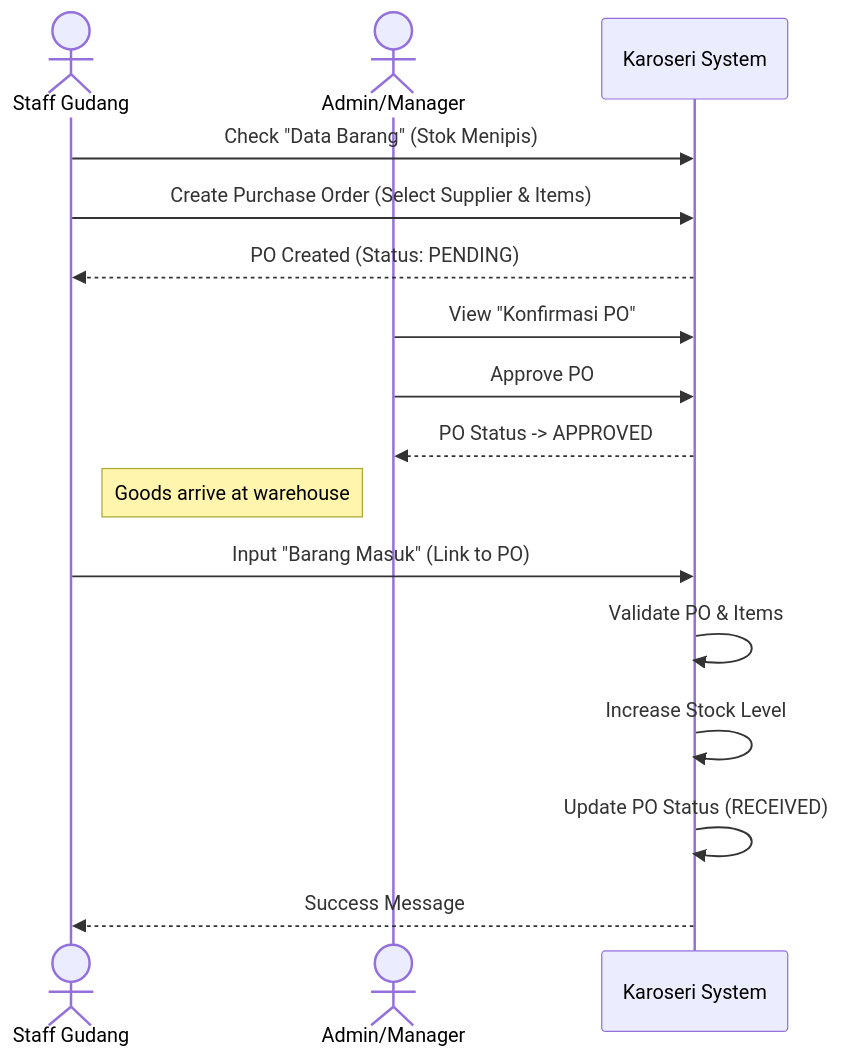
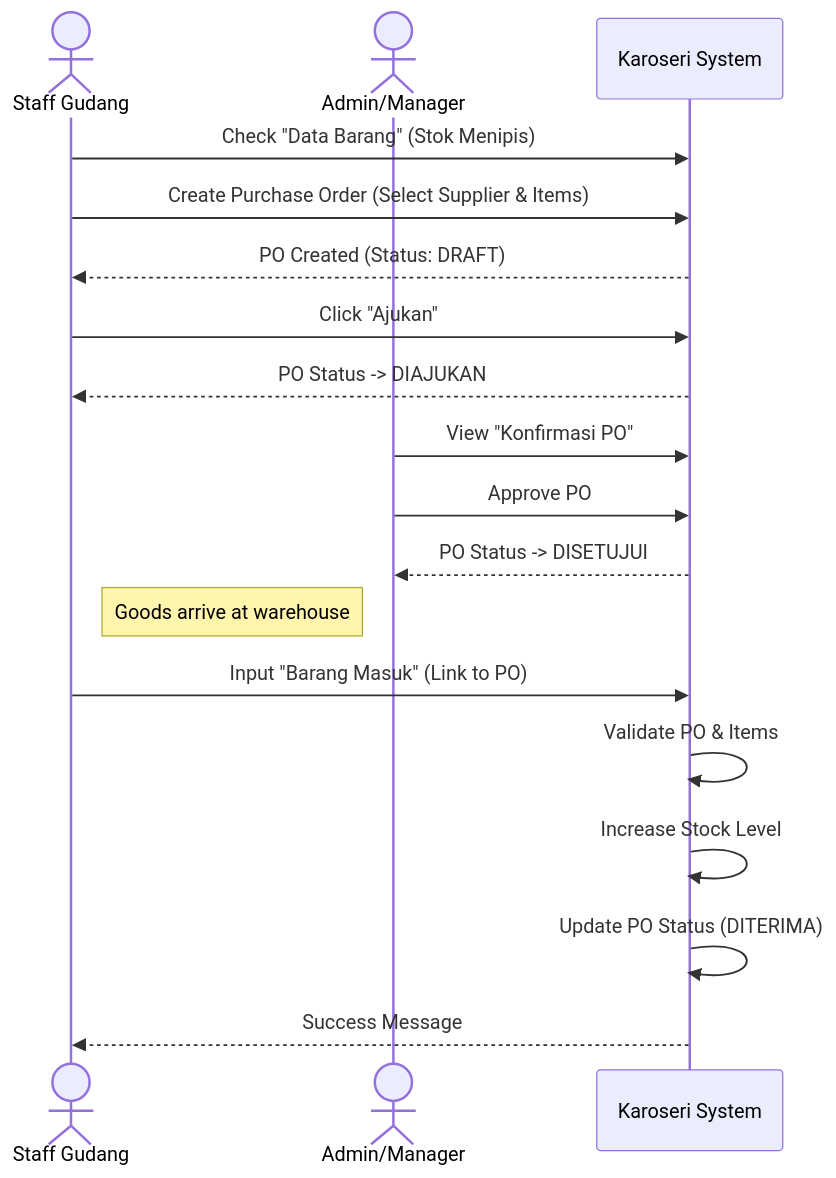
One commit to Jieeevest/karoseri-revamp changed the first of 3 diagrams in docs/user-guide.md. Above: the diagram before and after it, drawn with Mermaid. The commit also changed other lines of this file and 31 other files, not shown here.

````diff
--- a/docs/user-guide.md
+++ b/docs/user-guide.md
@@ -40,24 +42,26 @@
 ```mermaid
 sequenceDiagram
     actor Gudang as Staff Gudang
     actor Admin as Admin/Manager
     participant System as Karoseri System
 
     %% Step 1: Request Stock
     Gudang->>System: Check "Data Barang" (Stok Menipis)
     Gudang->>System: Create Purchase Order (Select Supplier & Items)
-    System-->>Gudang: PO Created (Status: PENDING)
+    System-->>Gudang: PO Created (Status: DRAFT)
+    Gudang->>System: Click "Ajukan"
+    System-->>Gudang: PO Status -> DIAJUKAN
 
     %% Step 2: Approval
     Admin->>System: View "Konfirmasi PO"
     Admin->>System: Approve PO
-    System-->>Admin: PO Status -> APPROVED
+    System-->>Admin: PO Status -> DISETUJUI
 
     %% Step 3: Receive Goods
     Note right of Gudang: Goods arrive at warehouse
     Gudang->>System: Input "Barang Masuk" (Link to PO)
     System->>System: Validate PO & Items
     System->>System: Increase Stock Level
-    System->>System: Update PO Status (RECEIVED)
+    System->>System: Update PO Status (DITERIMA)
     System-->>Gudang: Success Message
 ```
````
